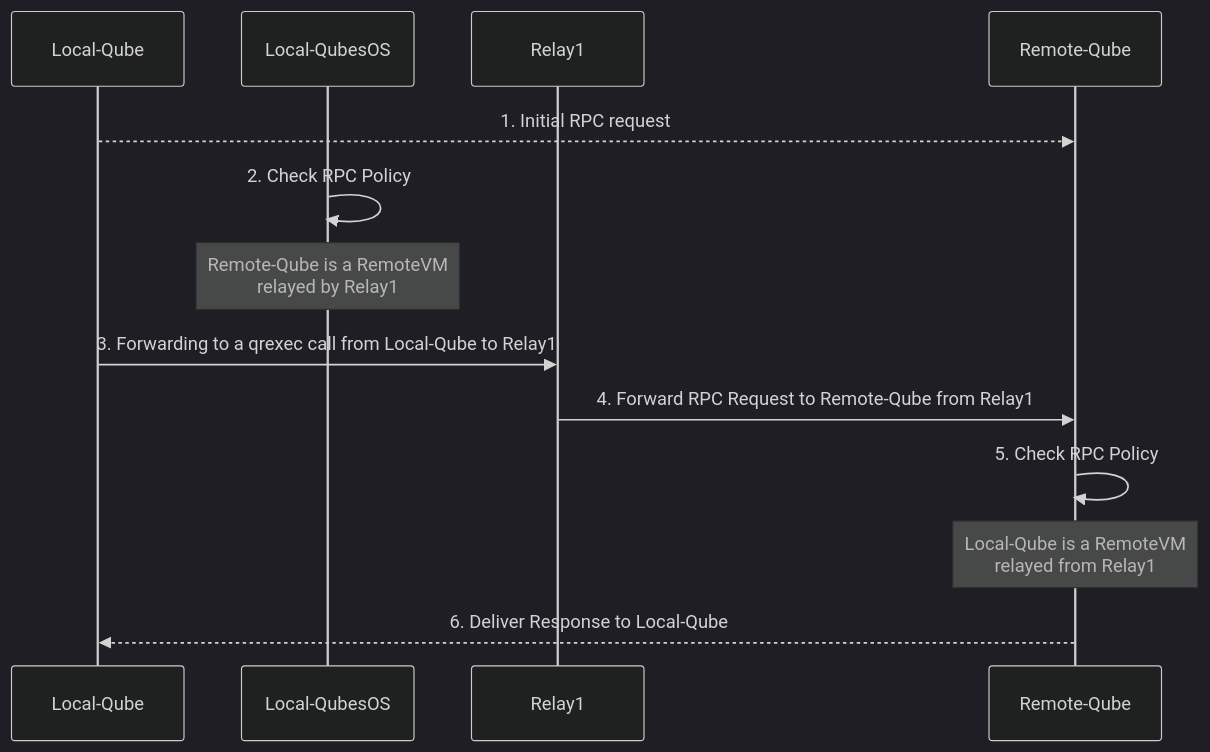
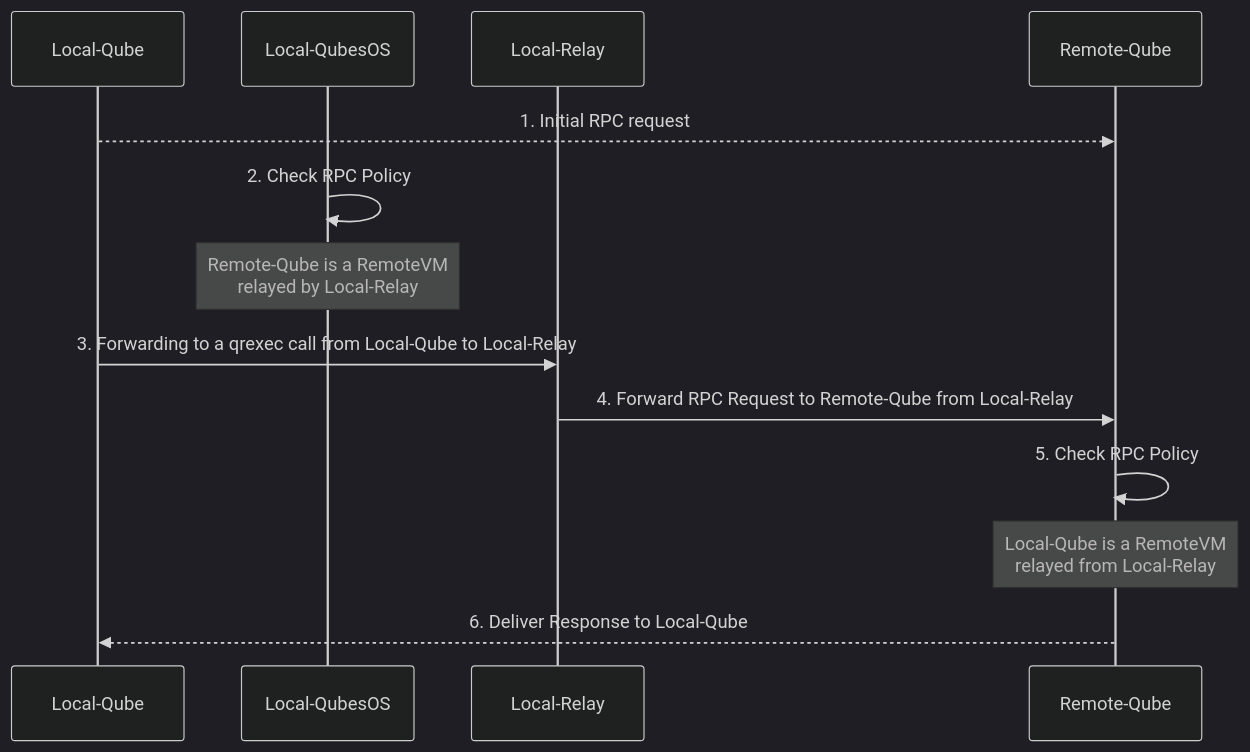
Before and after one commit to fepitre/qubes-air: the third of 3 diagrams in doc.md, drawn with Mermaid (dark theme). The commit also changed other lines of this file and 4 other files, not shown here.

````diff
--- a/doc.md
+++ b/doc.md
@@ -191,16 +159,16 @@
 ```mermaid
 sequenceDiagram
     participant LocalQube as Local-Qube
     participant LocalQubesOS as Local-QubesOS
-    participant Relay1
+    participant LocalRelay as Local-Relay
     participant RemoteQube as Remote-Qube
 
     LocalQube-->>RemoteQube: 1. Initial RPC request
     LocalQubesOS->>LocalQubesOS: 2. Check RPC Policy
-    Note over LocalQubesOS: Remote-Qube is a RemoteVM<br>relayed by Relay1
-    LocalQube->>Relay1: 3. Forwarding to a qrexec call from Local-Qube to Relay1
-    Relay1->>RemoteQube: 4. Forward RPC Request to Remote-Qube from Relay1
+    Note over LocalQubesOS: Remote-Qube is a RemoteVM<br>relayed by Local-Relay
+    LocalQube->>LocalRelay: 3. Forwarding to a qrexec call from Local-Qube to Local-Relay
+    LocalRelay->>RemoteQube: 4. Forward RPC Request to Remote-Qube from Local-Relay
     RemoteQube->>RemoteQube: 5. Check RPC Policy
-    Note over RemoteQube: Local-Qube is a RemoteVM<br>relayed from Relay1
+    Note over RemoteQube: Local-Qube is a RemoteVM<br>relayed from Local-Relay
     RemoteQube-->>LocalQube: 6. Deliver Response to Local-Qube
 ```
````
